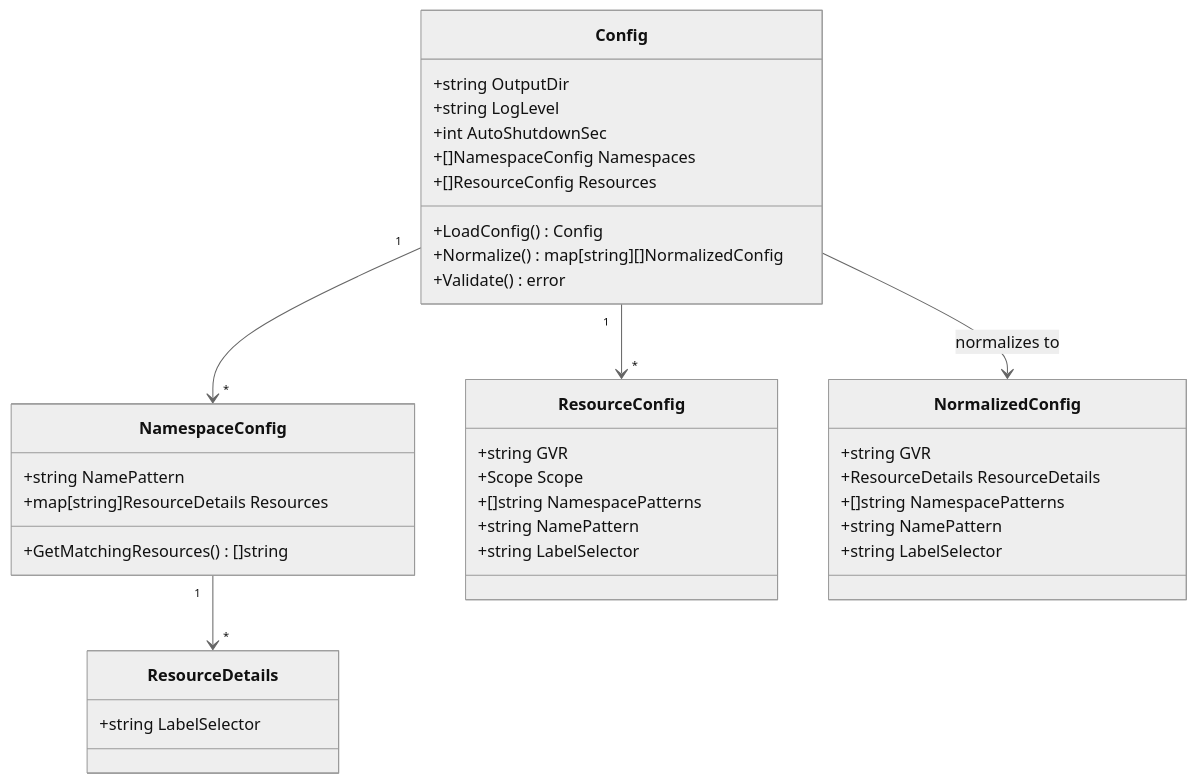
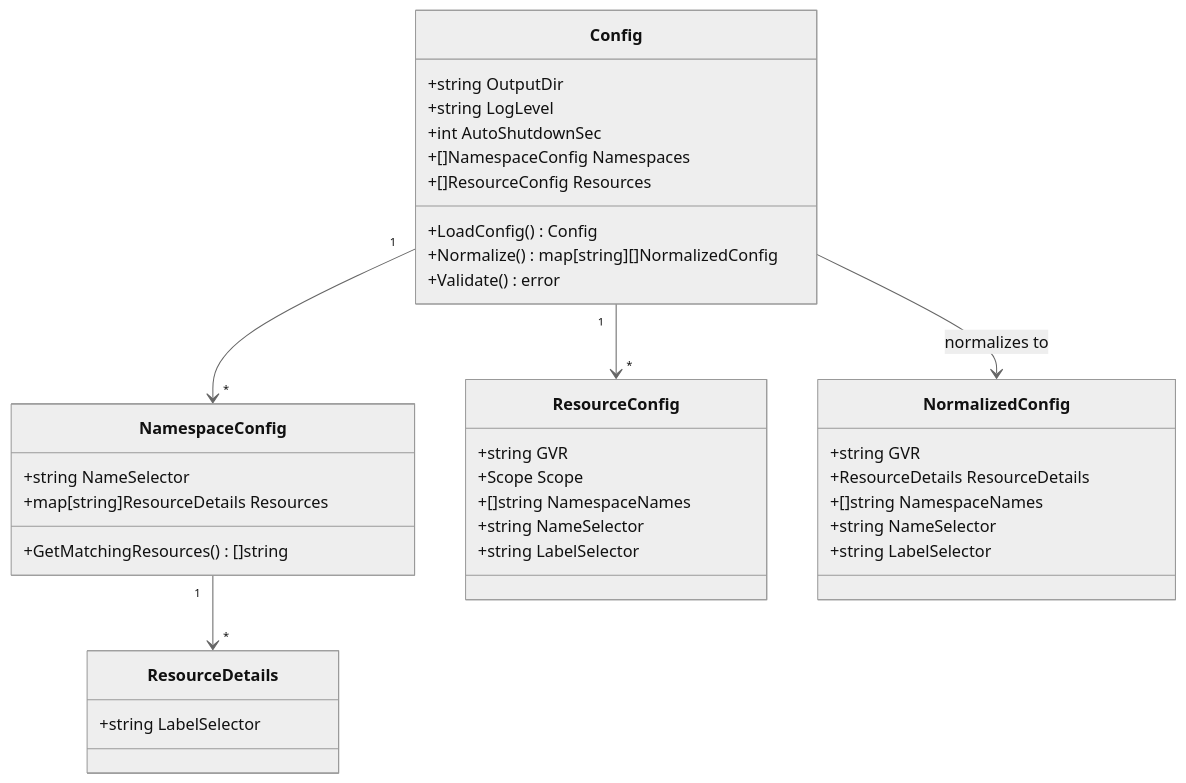
The third of 3 diagrams in docs/components/config.md (T0MASD/faro), drawn with Mermaid (neutral theme) before and after one commit. The commit also changed other lines of this file and 34 other files, not shown here.

````diff
--- a/docs/components/config.md
+++ b/docs/components/config.md
@@ -100,44 +100,44 @@
 ```mermaid
 classDiagram
     class Config {
         +string OutputDir
         +string LogLevel
         +int AutoShutdownSec
         +[]NamespaceConfig Namespaces
         +[]ResourceConfig Resources
         +LoadConfig() Config
         +Normalize() map[string][]NormalizedConfig
         +Validate() error
     }
     
     class NamespaceConfig {
-        +string NamePattern
+        +string NameSelector
         +map[string]ResourceDetails Resources
         +GetMatchingResources() []string
     }
     
     class ResourceConfig {
         +string GVR
         +Scope Scope
-        +[]string NamespacePatterns
-        +string NamePattern
+        +[]string NamespaceNames
+        +string NameSelector
         +string LabelSelector
     }
     
     class ResourceDetails {
         +string LabelSelector
     }
     
     class NormalizedConfig {
         +string GVR
         +ResourceDetails ResourceDetails
-        +[]string NamespacePatterns
-        +string NamePattern
+        +[]string NamespaceNames
+        +string NameSelector
         +string LabelSelector
     }
     
     Config "1" --> "*" NamespaceConfig
     Config "1" --> "*" ResourceConfig
     NamespaceConfig "1" --> "*" ResourceDetails
     Config --> NormalizedConfig : normalizes to
 ```
````
